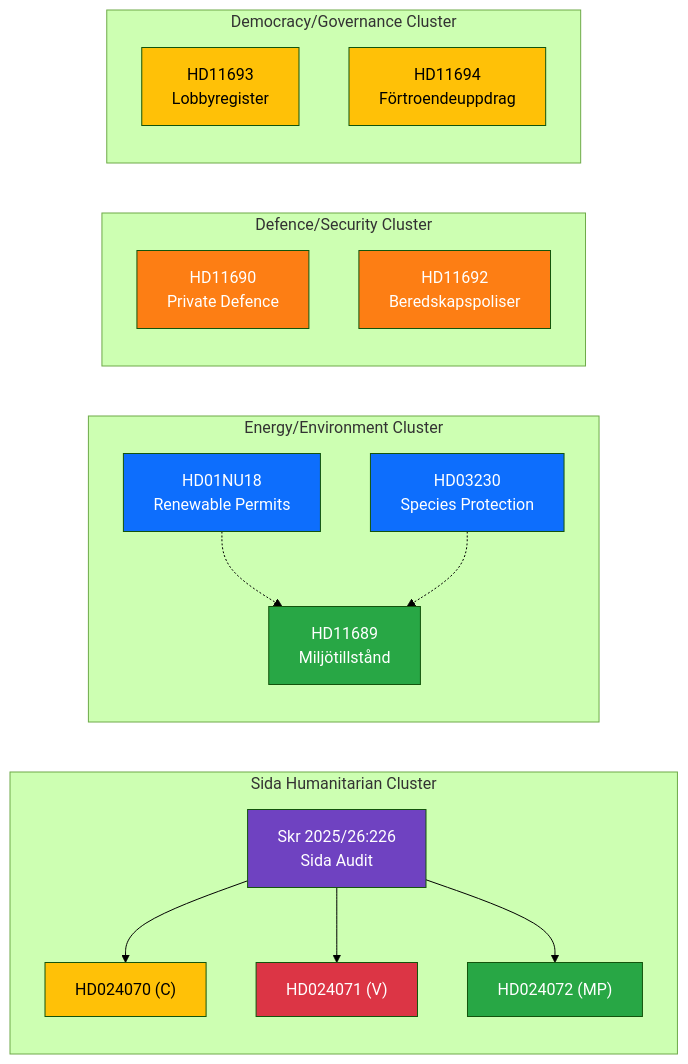
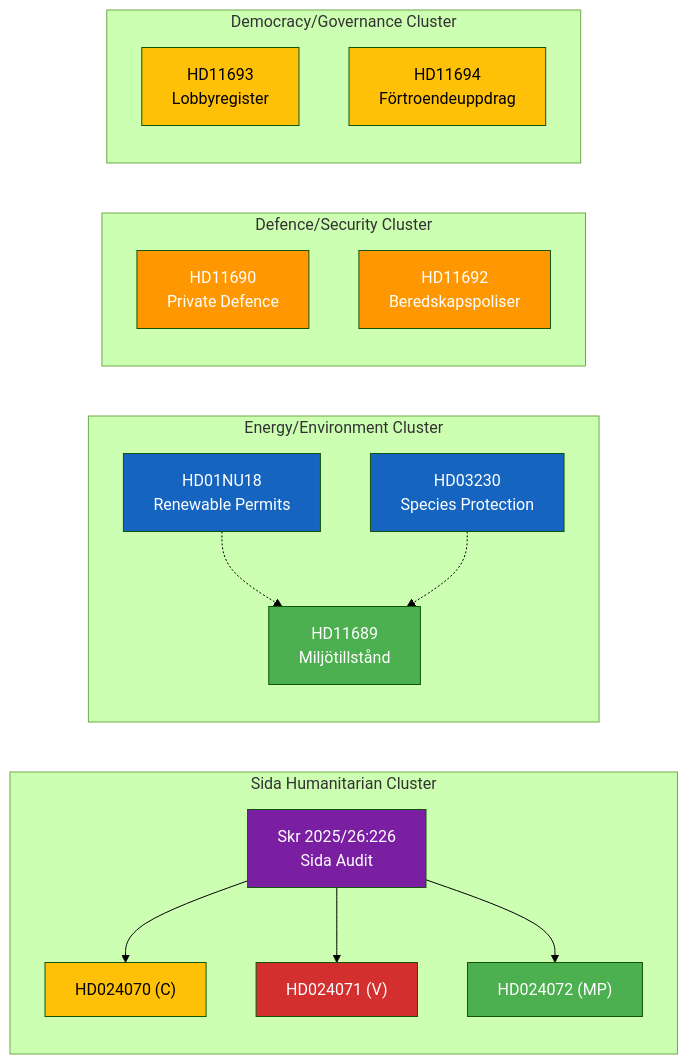
Before and after one commit to Hack23/riksdagsmonitor: the diagram in analysis/daily/2026-04-08/evening-analysis/cross-reference-map.md, drawn with Mermaid (forest theme). The commit also changed 785 other files, not shown here.

First line of the commit message:
Normalize mermaid colors across 786 analysis artifacts to ISMS Style Guide palette

````diff
--- a/analysis/daily/2026-04-08/evening-analysis/cross-reference-map.md
+++ b/analysis/daily/2026-04-08/evening-analysis/cross-reference-map.md
@@ -7,42 +7,42 @@
 ```mermaid
 graph LR
     subgraph "Sida Humanitarian Cluster"
         HD024070["HD024070 (C)"]
         HD024071["HD024071 (V)"]
         HD024072["HD024072 (MP)"]
         SKR226["Skr 2025/26:226<br/>Sida Audit"]
     end
     SKR226 --> HD024070
     SKR226 --> HD024071
     SKR226 --> HD024072
 
     subgraph "Energy/Environment Cluster"
         HD01NU18["HD01NU18<br/>Renewable Permits"]
         HD03230["HD03230<br/>Species Protection"]
         HD11689["HD11689<br/>Miljötillstånd"]
     end
     HD01NU18 -.-> HD11689
     HD03230 -.-> HD11689
 
     subgraph "Defence/Security Cluster"
         HD11690["HD11690<br/>Private Defence"]
         HD11692["HD11692<br/>Beredskapspoliser"]
     end
 
     subgraph "Democracy/Governance Cluster"
         HD11693["HD11693<br/>Lobbyregister"]
         HD11694["HD11694<br/>Förtroendeuppdrag"]
     end
 
-    style SKR226 fill:#6f42c1,color:#fff
-    style HD024070 fill:#ffc107,color:#000
-    style HD024071 fill:#dc3545,color:#fff
-    style HD024072 fill:#28a745,color:#fff
-    style HD01NU18 fill:#0d6efd,color:#fff
-    style HD03230 fill:#0d6efd,color:#fff
-    style HD11690 fill:#fd7e14,color:#fff
-    style HD11692 fill:#fd7e14,color:#fff
-    style HD11693 fill:#ffc107,color:#000
-    style HD11694 fill:#ffc107,color:#000
-    style HD11689 fill:#28a745,color:#fff
+    style SKR226 fill:#7B1FA2,color:#FFFFFF
+    style HD024070 fill:#FFC107,color:#000000
+    style HD024071 fill:#D32F2F,color:#FFFFFF
+    style HD024072 fill:#4CAF50,color:#FFFFFF
+    style HD01NU18 fill:#1565C0,color:#FFFFFF
+    style HD03230 fill:#1565C0,color:#FFFFFF
+    style HD11690 fill:#FF9800,color:#FFFFFF
+    style HD11692 fill:#FF9800,color:#FFFFFF
+    style HD11693 fill:#FFC107,color:#000000
+    style HD11694 fill:#FFC107,color:#000000
+    style HD11689 fill:#4CAF50,color:#FFFFFF
 ```
````
